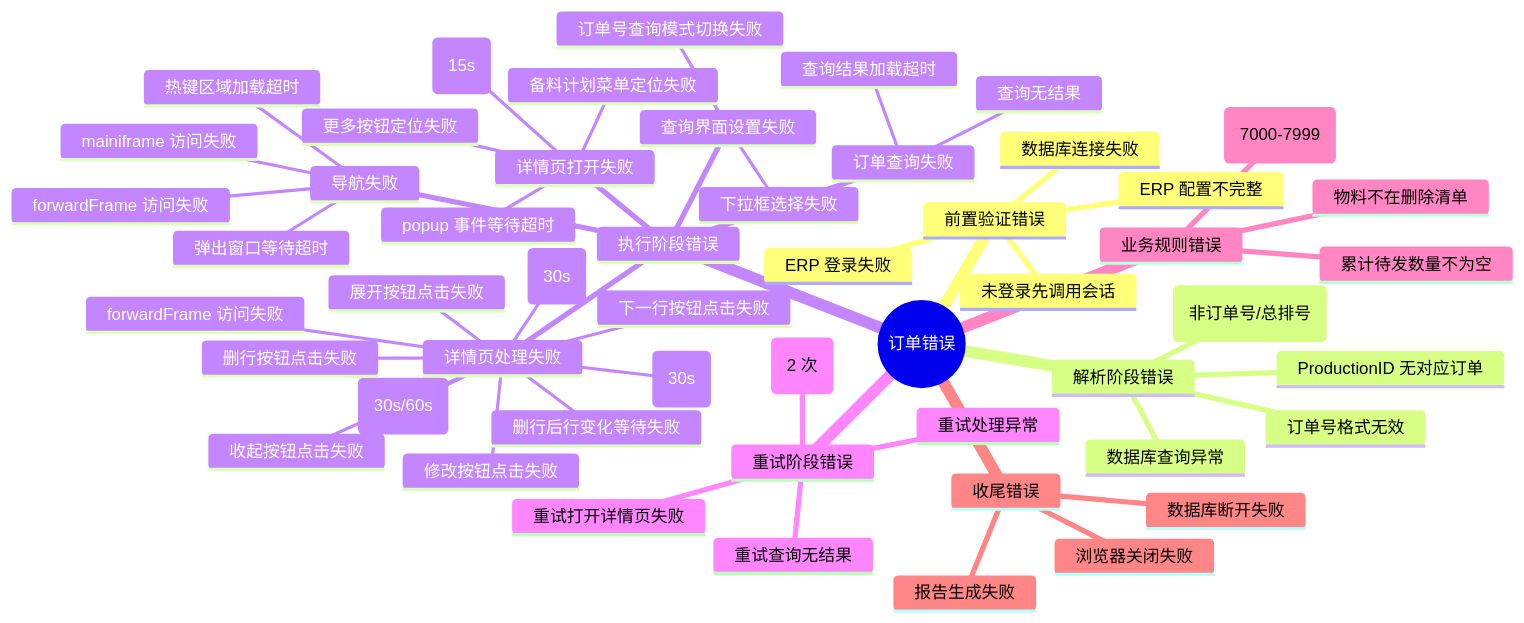
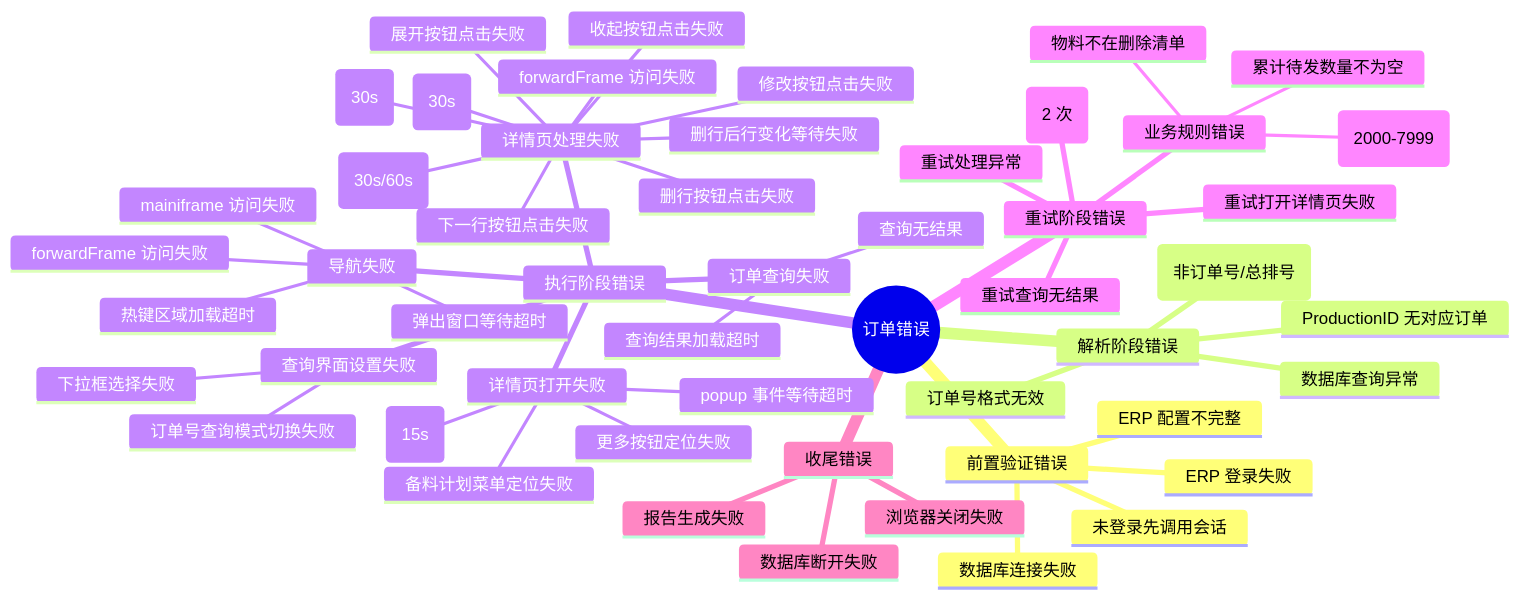
Before and after one commit to Misaka-Dev-Hub/ERPAuto: the third of 5 diagrams in docs/cleaner-order-error-collection.md, drawn with Mermaid. The commit also changed 3 other files, not shown here.

````diff
--- a/docs/cleaner-order-error-collection.md
+++ b/docs/cleaner-order-error-collection.md
@@ -120,55 +120,55 @@
 ```mermaid
 mindmap
   root((订单错误))
     前置验证错误
       ERP 配置不完整
       数据库连接失败
       ERP 登录失败
       未登录先调用会话
     解析阶段错误
       订单号格式无效
       格式不识别 (非订单号/总排号)
       ProductionID 无对应订单
       数据库查询异常
     执行阶段错误
       导航失败
         弹出窗口等待超时
         forwardFrame 访问失败
         mainiframe 访问失败
         热键区域加载超时
       查询界面设置失败
         订单号查询模式切换失败
         下拉框选择失败
       订单查询失败
         查询结果加载超时
         查询无结果
       详情页打开失败
         行元素等待超时 (15s)
         更多按钮定位失败
         popup 事件等待超时
         备料计划菜单定位失败
       详情页处理失败
         forwardFrame 访问失败
         mainiframe 访问失败 (30s)
         页面标题等待超时 (30s)
         修改按钮点击失败
         保存按钮等待超时 (30s/60s)
         展开按钮点击失败
         删行按钮点击失败
         删行后行变化等待失败
         下一行按钮点击失败
         收起按钮点击失败
     重试阶段错误
       重试查询无结果
       重试打开详情页失败
       重试处理异常
       达到最大重试次数 (2 次)
-    业务规则错误
-      物料不在删除清单
-      行号在保护范围 (7000-7999)
-      累计待发数量不为空
+      业务规则错误
+        物料不在删除清单
+        行号在保护范围 (2000-7999)
+        累计待发数量不为空
     收尾错误
       浏览器关闭失败
       数据库断开失败
       报告生成失败
 ```
````
